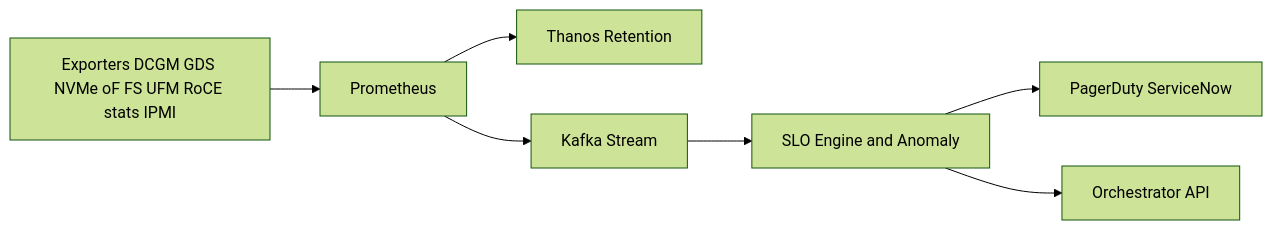
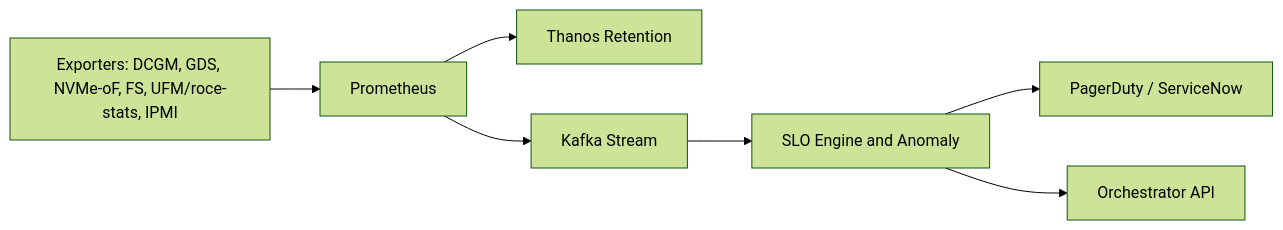
Before and after one commit to noelashford/Storage-Solution: the fourth of 7 diagrams in README.md, drawn with Mermaid (forest theme). The commit also changed other lines of this file, not shown here.

````diff
--- a/README.md
+++ b/README.md
@@ -197,9 +198,9 @@
 ```mermaid
 flowchart LR
-  EXP[Exporters DCGM GDS NVMe oF FS UFM RoCE stats IPMI] --> PROM[Prometheus]
+  EXP[Exporters: DCGM, GDS, NVMe-oF, FS, UFM/roce-stats, IPMI] --> PROM[Prometheus]
   PROM --> THANOS[Thanos Retention]
   PROM --> KAFKA[Kafka Stream]
   KAFKA --> SLO[SLO Engine and Anomaly]
-  SLO --> ALERTS[PagerDuty ServiceNow]
+  SLO --> ALERTS[PagerDuty / ServiceNow]
   SLO --> ACTIONS[Orchestrator API]
 ```
````
